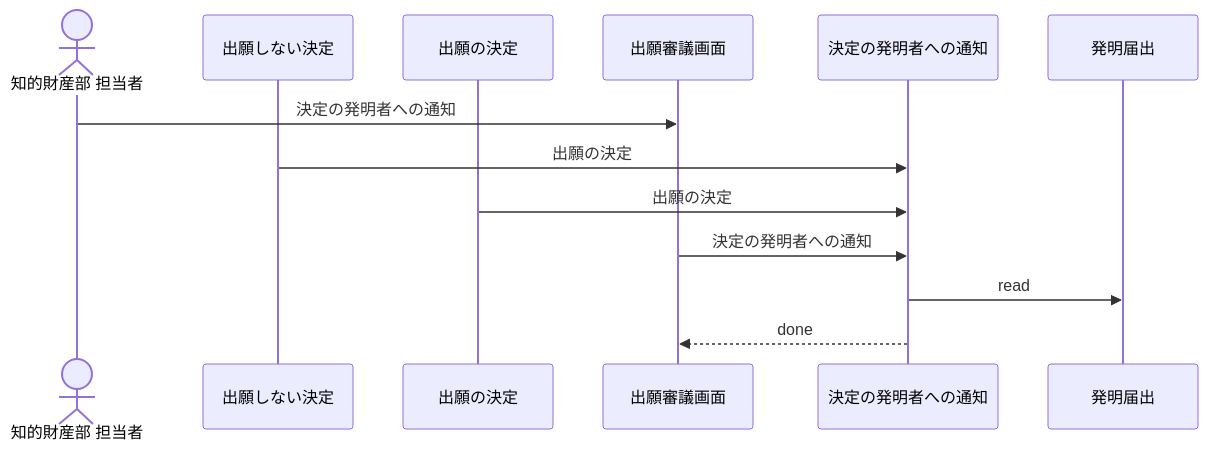
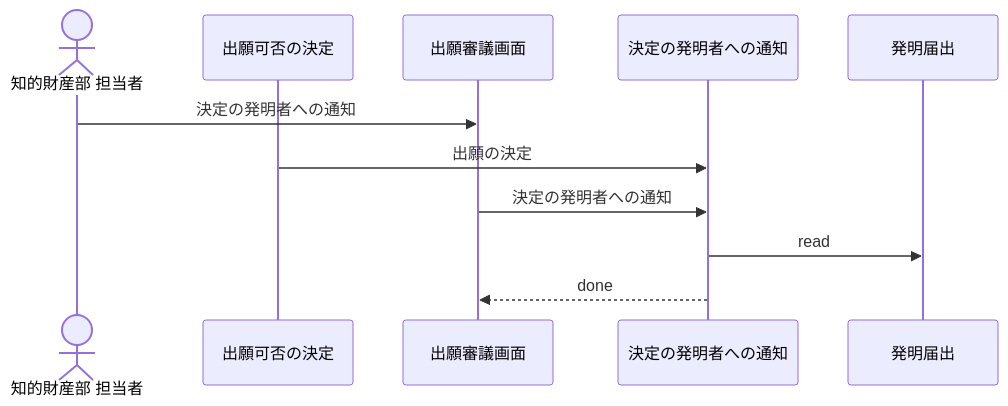
One commit to manji-0/rdra-ish-dsl changed the diagram in samples/patent-ops/out/uc/sequence_NotifyInventorOfDecision.mmd. Above: the diagram before and after it, drawn with Mermaid. The commit also changed 58 other files, not shown here.

```diff
--- a/samples/patent-ops/out/uc/sequence_NotifyInventorOfDecision.mmd
+++ b/samples/patent-ops/out/uc/sequence_NotifyInventorOfDecision.mmd
@@ -1,16 +1,14 @@
 %% rdra-ish diagram=sequence scope=usecase:NotifyInventorOfDecision model=samples/patent-ops
 %% kinds: actor usecase screen entity
 %% omitted: buc step medium permission event
 sequenceDiagram
   actor actor__IpStaff as 知的財産部 担当者
-  participant usecase__DecideNotToFile as 出願しない決定
-  participant usecase__DecideToFile as 出願の決定
+  participant usecase__DecideFiling as 出願可否の決定
   participant screen__FilingDecisionScreen as 出願審議画面
   participant usecase__NotifyInventorOfDecision as 決定の発明者への通知
   participant entity__InventionDisclosure as 発明届出
   actor__IpStaff ->> screen__FilingDecisionScreen: 決定の発明者への通知
-  usecase__DecideNotToFile ->> usecase__NotifyInventorOfDecision: 出願の決定
-  usecase__DecideToFile ->> usecase__NotifyInventorOfDecision: 出願の決定
+  usecase__DecideFiling ->> usecase__NotifyInventorOfDecision: 出願の決定
   screen__FilingDecisionScreen ->> usecase__NotifyInventorOfDecision: 決定の発明者への通知
   usecase__NotifyInventorOfDecision ->> entity__InventionDisclosure: read
   usecase__NotifyInventorOfDecision -->> screen__FilingDecisionScreen: done
```
